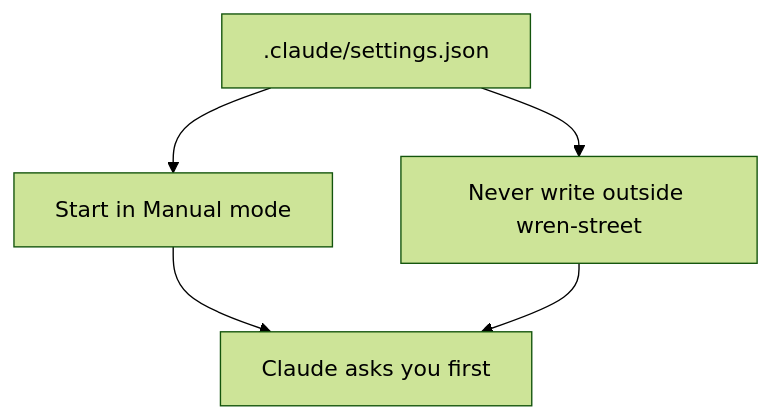
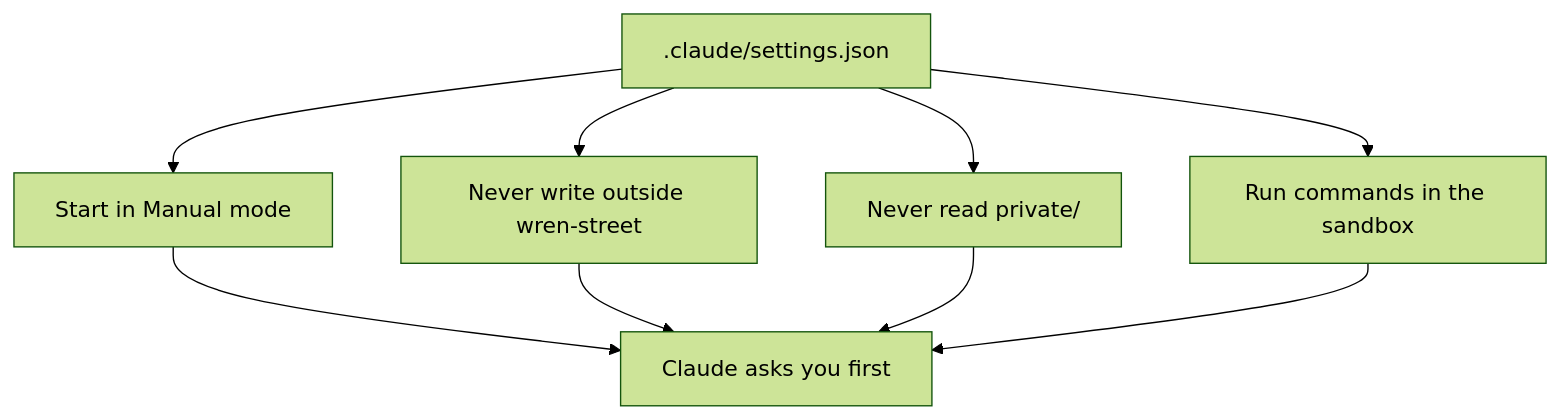
The diagram in parts/01-make-claude-ask-first/02-set-the-safety-rules/problem/README.md (learnwithparam/claude-code-for-everyone), drawn with Mermaid (forest theme) before and after one commit. The commit also changed other lines of this file and 573 other files, not shown here.

````diff
--- a/parts/01-make-claude-ask-first/02-set-the-safety-rules/problem/README.md
+++ b/parts/01-make-claude-ask-first/02-set-the-safety-rules/problem/README.md
@@ -9,7 +7,11 @@
 ```mermaid
 flowchart TB
   S[.claude/settings.json] --> M[Start in Manual mode]
   S --> B[Never write outside wren-street]
+  S --> D[Never read private/]
+  S --> X[Run commands in the sandbox]
   M --> A[Claude asks you first]
   B --> A
+  D --> A
+  X --> A
 ```
````
